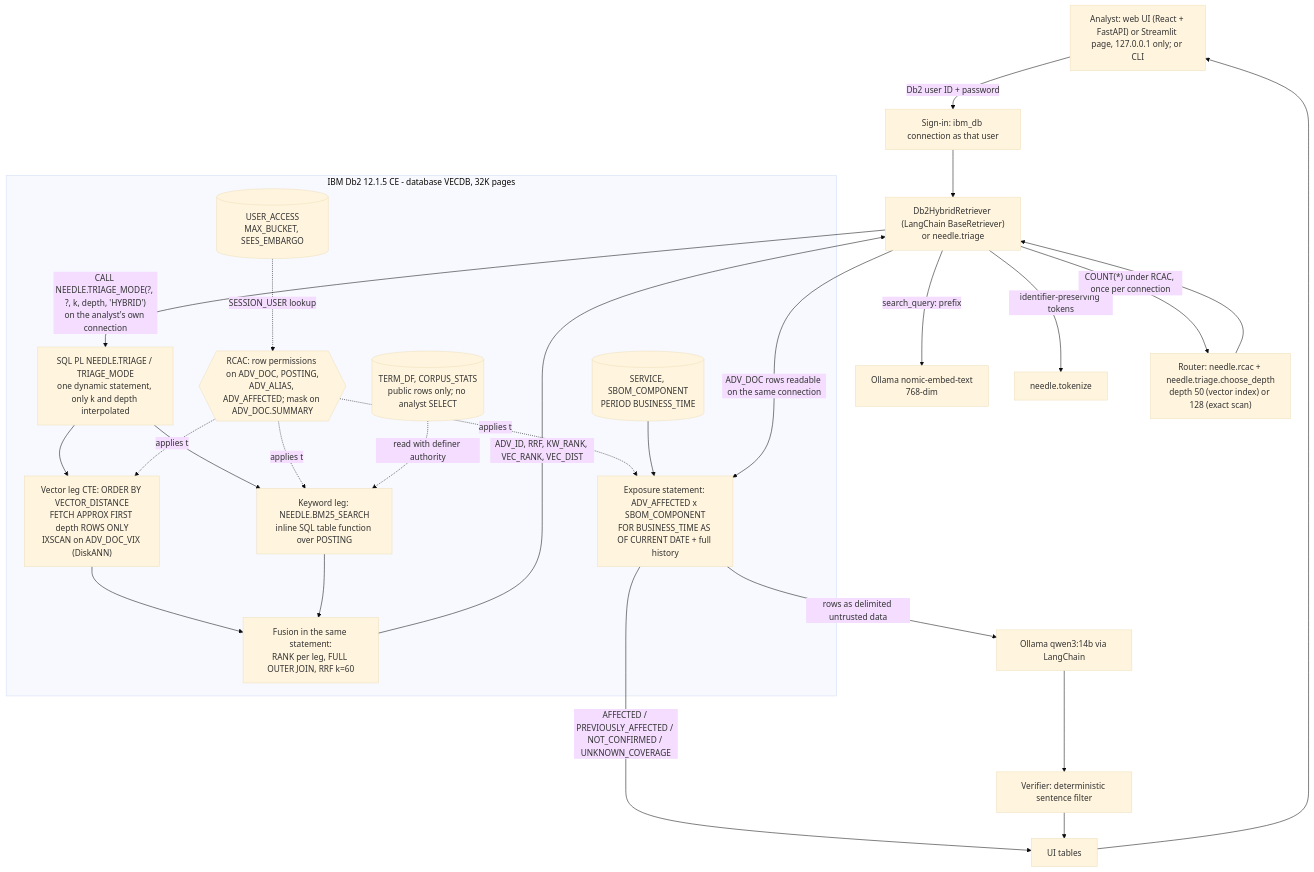
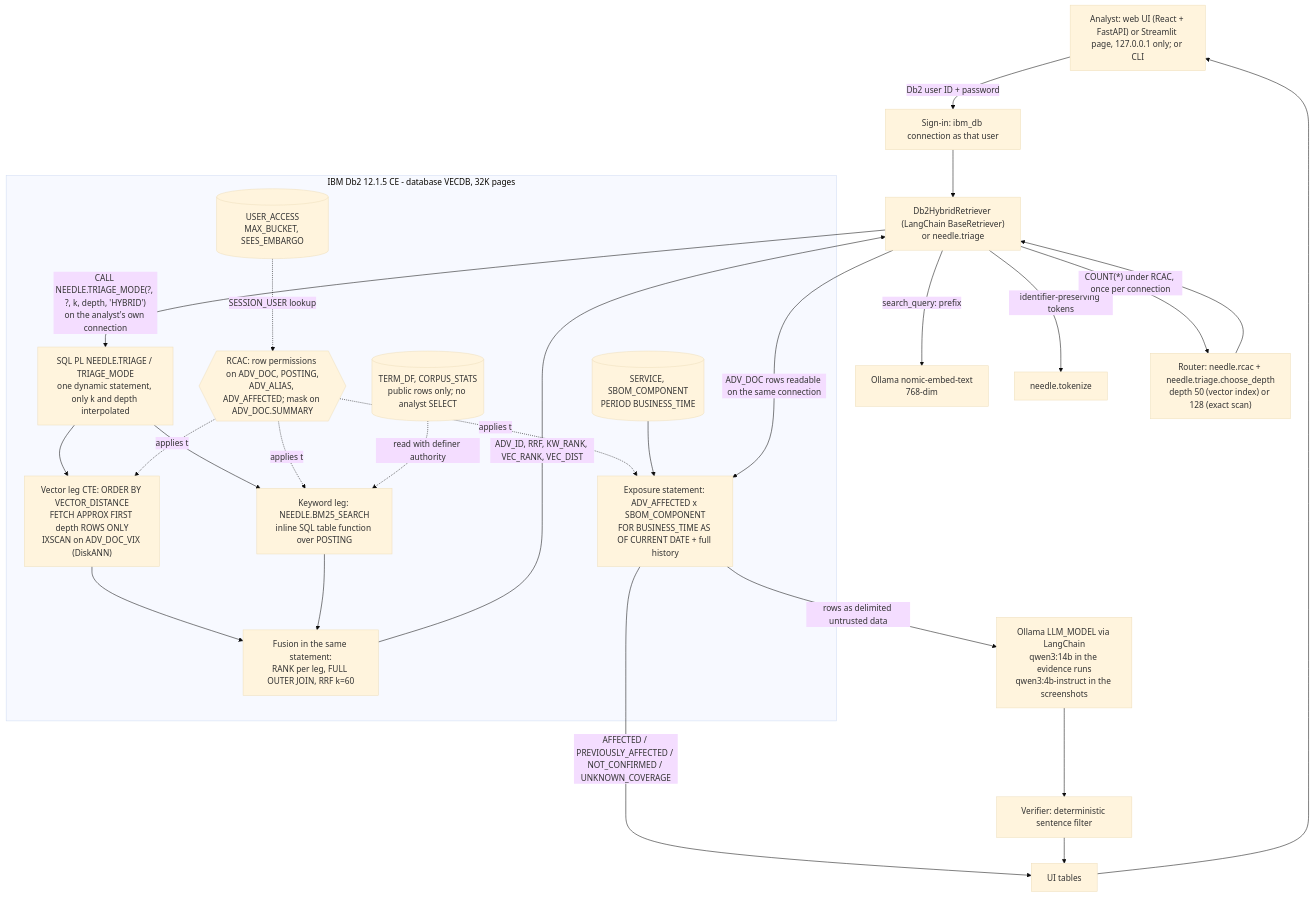
The first of 2 diagrams in needle/architecture.md (wiiqz/IBM2026), drawn with Mermaid (base theme) before and after one commit. The commit also changed other lines of this file and 36 other files, not shown here.

First line of the commit message:
docs(needle): audit, judge and fresh-clone fixes; UI copy and chart fixes

````diff
--- a/needle/architecture.md
+++ b/needle/architecture.md
@@ -26,31 +26,31 @@
 ```mermaid
 graph TD
     U["Analyst: web UI (React + FastAPI) or Streamlit page, 127.0.0.1 only; or CLI"] -->|"Db2 user ID + password"| SI["Sign-in: ibm_db connection as that user"]
     SI --> R["Db2HybridRetriever (LangChain BaseRetriever)<br/>or needle.triage"]
     R -->|"search_query: prefix"| OL["Ollama nomic-embed-text<br/>768-dim"]
     R -->|"identifier-preserving tokens"| TK["needle.tokenize"]
     R -->|"COUNT(*) under RCAC, once per connection"| RT["Router: needle.rcac + needle.triage.choose_depth<br/>depth 50 (vector index) or 128 (exact scan)"]
     RT --> R
     R -->|"CALL NEEDLE.TRIAGE_MODE(?, ?, k, depth, 'HYBRID')<br/>on the analyst's own connection"| T
     subgraph DB["IBM Db2 12.1.5 CE - database VECDB, 32K pages"]
       T["SQL PL NEEDLE.TRIAGE / TRIAGE_MODE<br/>one dynamic statement, only k and depth interpolated"]
       T --> VL["Vector leg CTE: ORDER BY VECTOR_DISTANCE<br/>FETCH APPROX FIRST depth ROWS ONLY<br/>IXSCAN on ADV_DOC_VIX (DiskANN)"]
       T --> KW["Keyword leg: NEEDLE.BM25_SEARCH<br/>inline SQL table function over POSTING"]
       VL --> F["Fusion in the same statement:<br/>RANK per leg, FULL OUTER JOIN, RRF k=60"]
       KW --> F
       P{{"RCAC: row permissions on ADV_DOC, POSTING,<br/>ADV_ALIAS, ADV_AFFECTED; mask on ADV_DOC.SUMMARY"}} -.applies to.-> VL
       P -.applies to.-> KW
       P -.applies to.-> X
       ST[("TERM_DF, CORPUS_STATS<br/>public rows only; no analyst SELECT")] -.read with definer authority.-> KW
       UA[("USER_ACCESS<br/>MAX_BUCKET, SEES_EMBARGO")] -.SESSION_USER lookup.-> P
       X["Exposure statement: ADV_AFFECTED x SBOM_COMPONENT<br/>FOR BUSINESS_TIME AS OF CURRENT DATE + full history"]
       SB[("SERVICE, SBOM_COMPONENT<br/>PERIOD BUSINESS_TIME")] --> X
     end
     F -->|"ADV_ID, RRF, KW_RANK, VEC_RANK, VEC_DIST"| R
     R -->|"ADV_DOC rows readable on the same connection"| X
     X -->|"AFFECTED / PREVIOUSLY_AFFECTED / NOT_CONFIRMED / UNKNOWN_COVERAGE"| UI2["UI tables"]
-    X -->|"rows as delimited untrusted data"| LLM["Ollama qwen3:14b via LangChain"]
+    X -->|"rows as delimited untrusted data"| LLM["Ollama LLM_MODEL via LangChain<br/>qwen3:14b in the evidence runs<br/>qwen3:4b-instruct in the screenshots"]
     LLM --> V["Verifier: deterministic sentence filter"]
     V --> UI2
     UI2 --> U
 ```
````
